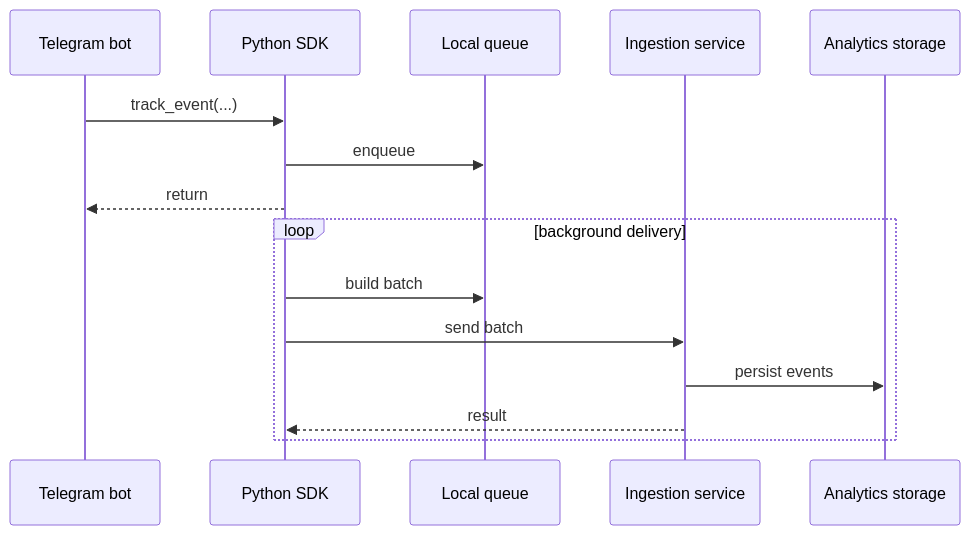
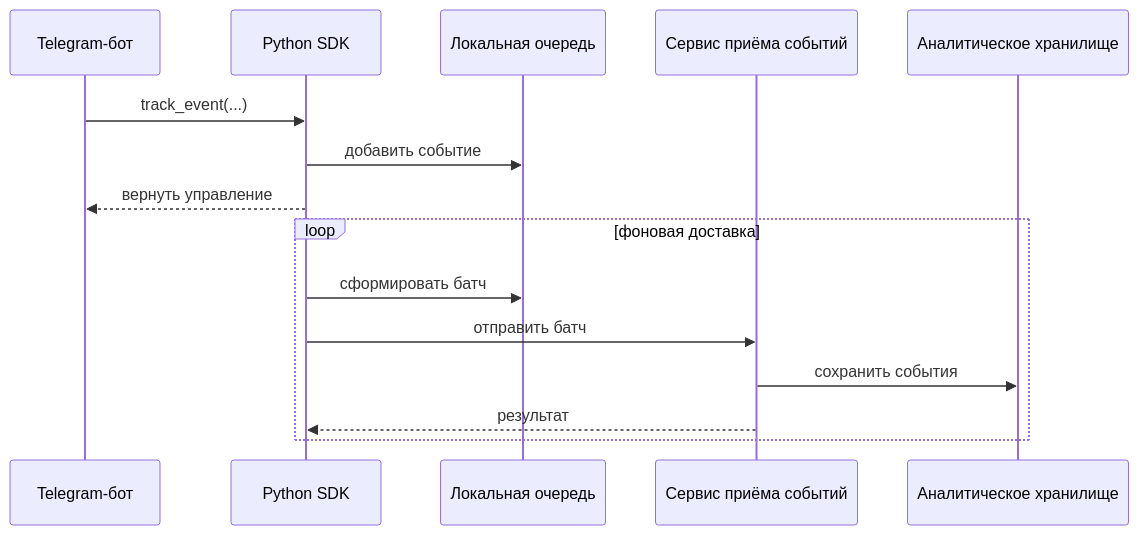
Before and after one commit to urlifeceo/metricway-architecture: the diagram in docs/event-ingestion.md, drawn with Mermaid. The commit also changed other lines of this file, not shown here.

Commit message:
docs: translate event ingestion guide to Russian

````diff
--- a/docs/event-ingestion.md
+++ b/docs/event-ingestion.md
@@ -5,19 +5,19 @@
 ```mermaid
 sequenceDiagram
-    participant Bot as Telegram bot
+    participant Bot as Telegram-бот
     participant SDK as Python SDK
-    participant Queue as Local queue
-    participant Ingest as Ingestion service
-    participant Store as Analytics storage
+    participant Queue as Локальная очередь
+    participant Ingest as Сервис приёма событий
+    participant Store as Аналитическое хранилище
 
     Bot->>SDK: track_event(...)
-    SDK->>Queue: enqueue
-    SDK-->>Bot: return
+    SDK->>Queue: добавить событие
+    SDK-->>Bot: вернуть управление
 
-    loop background delivery
-        SDK->>Queue: build batch
-        SDK->>Ingest: send batch
-        Ingest->>Store: persist events
-        Ingest-->>SDK: result
+    loop фоновая доставка
+        SDK->>Queue: сформировать батч
+        SDK->>Ingest: отправить батч
+        Ingest->>Store: сохранить события
+        Ingest-->>SDK: результат
     end
 ```
````
